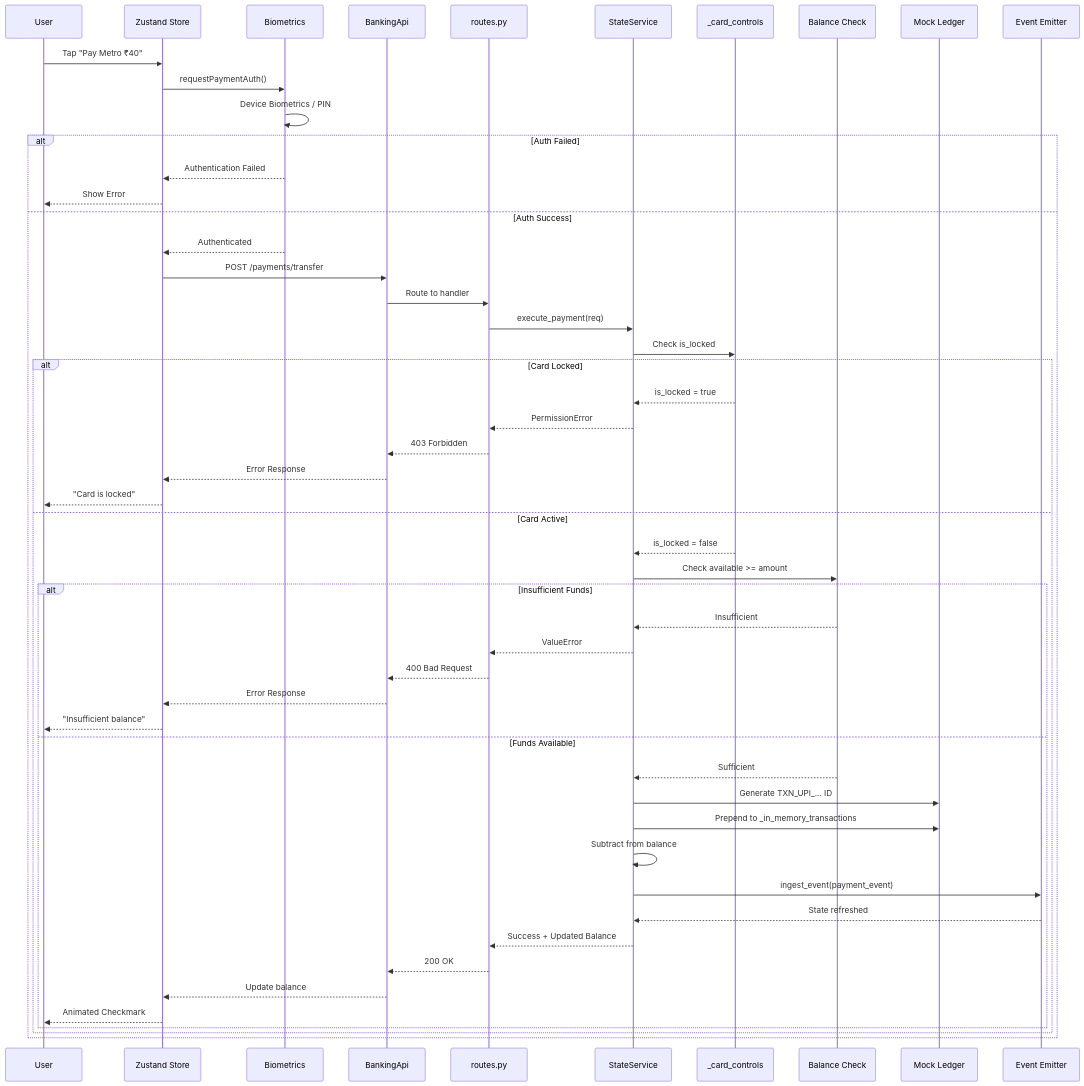
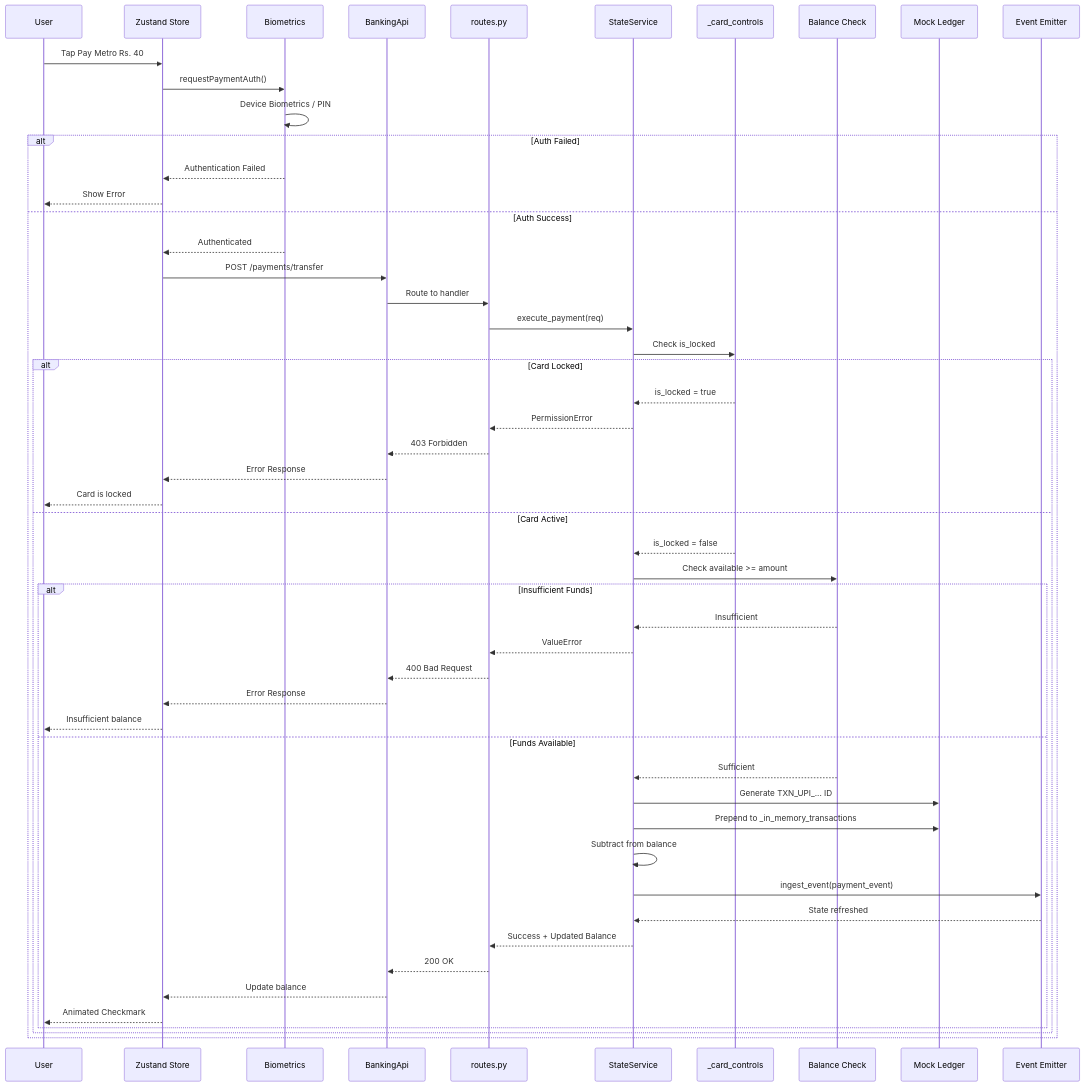
Before and after one commit to Neutron-0/ABC-Bank: diagram 16 of 41 in README.md, drawn with Mermaid. The commit also changed other lines of this file and 33 other files, not shown here.

````diff
--- a/README.md
+++ b/README.md
@@ -1316,56 +1300,56 @@
 ```mermaid
 sequenceDiagram
   participant User as User
   participant Store as Zustand Store
   participant Bio as Biometrics
   participant API as BankingApi
   participant Routes as routes.py
   participant State as StateService
   participant Cards as _card_controls
   participant Balance as Balance Check
   participant Ledger as Mock Ledger
   participant Event as Event Emitter
 
-  User->>Store: Tap "Pay Metro ₹40"
+  User->>Store: Tap Pay Metro Rs. 40
   Store->>Bio: requestPaymentAuth()
   Bio->>Bio: Device Biometrics / PIN
   alt Auth Failed
     Bio-->>Store: Authentication Failed
     Store-->>User: Show Error
   else Auth Success
     Bio-->>Store: Authenticated
     Store->>API: POST /payments/transfer
     API->>Routes: Route to handler
     Routes->>State: execute_payment(req)
     
     State->>Cards: Check is_locked
     alt Card Locked
       Cards-->>State: is_locked = true
       State-->>Routes: PermissionError
       Routes-->>API: 403 Forbidden
       API-->>Store: Error Response
-      Store-->>User: "Card is locked"
+      Store-->>User: Card is locked
     else Card Active
       Cards-->>State: is_locked = false
       State->>Balance: Check available >= amount
       alt Insufficient Funds
         Balance-->>State: Insufficient
         State-->>Routes: ValueError
         Routes-->>API: 400 Bad Request
         API-->>Store: Error Response
-        Store-->>User: "Insufficient balance"
+        Store-->>User: Insufficient balance
       else Funds Available
         Balance-->>State: Sufficient
         State->>Ledger: Generate TXN_UPI_... ID
         State->>Ledger: Prepend to _in_memory_transactions
         State->>State: Subtract from balance
         State->>Event: ingest_event(payment_event)
         Event-->>State: State refreshed
         State-->>Routes: Success + Updated Balance
         Routes-->>API: 200 OK
         API-->>Store: Update balance
         Store-->>User: Animated Checkmark
       end
     end
   end
 ```
````
